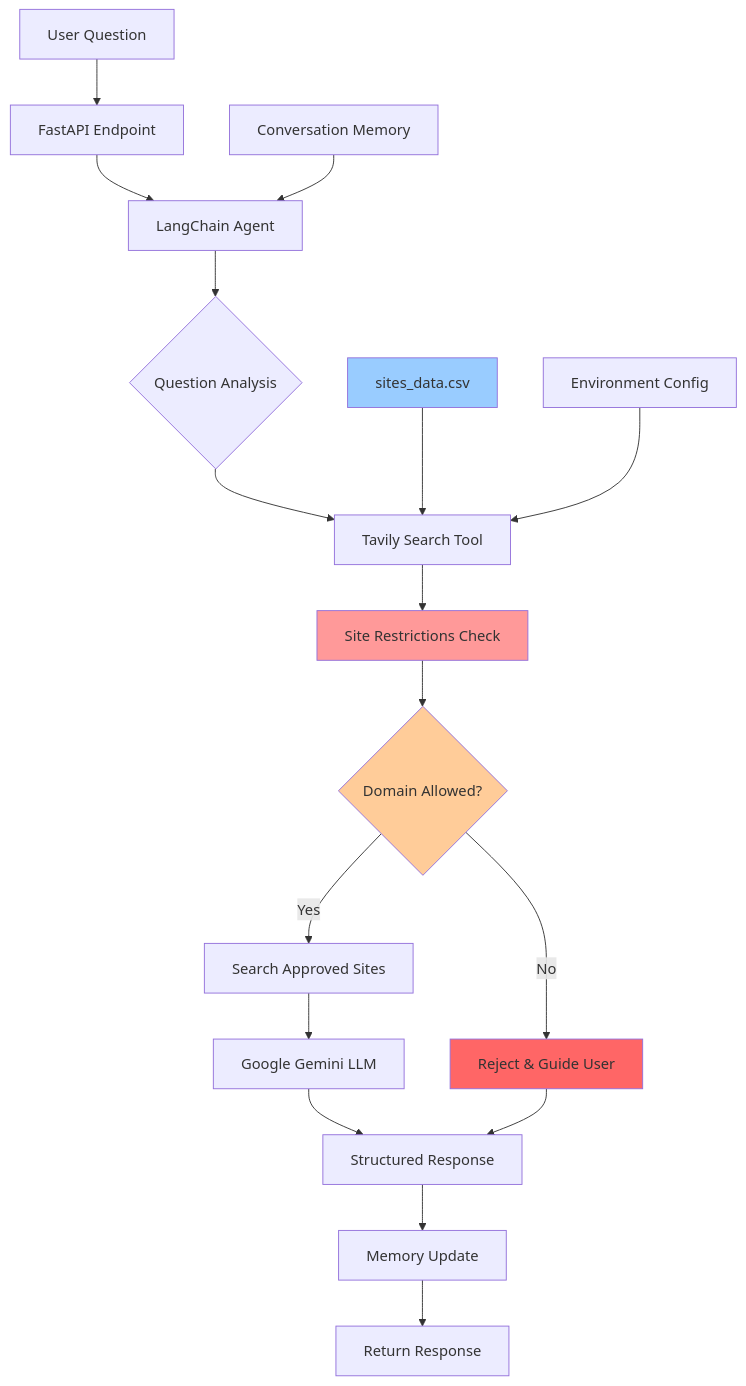
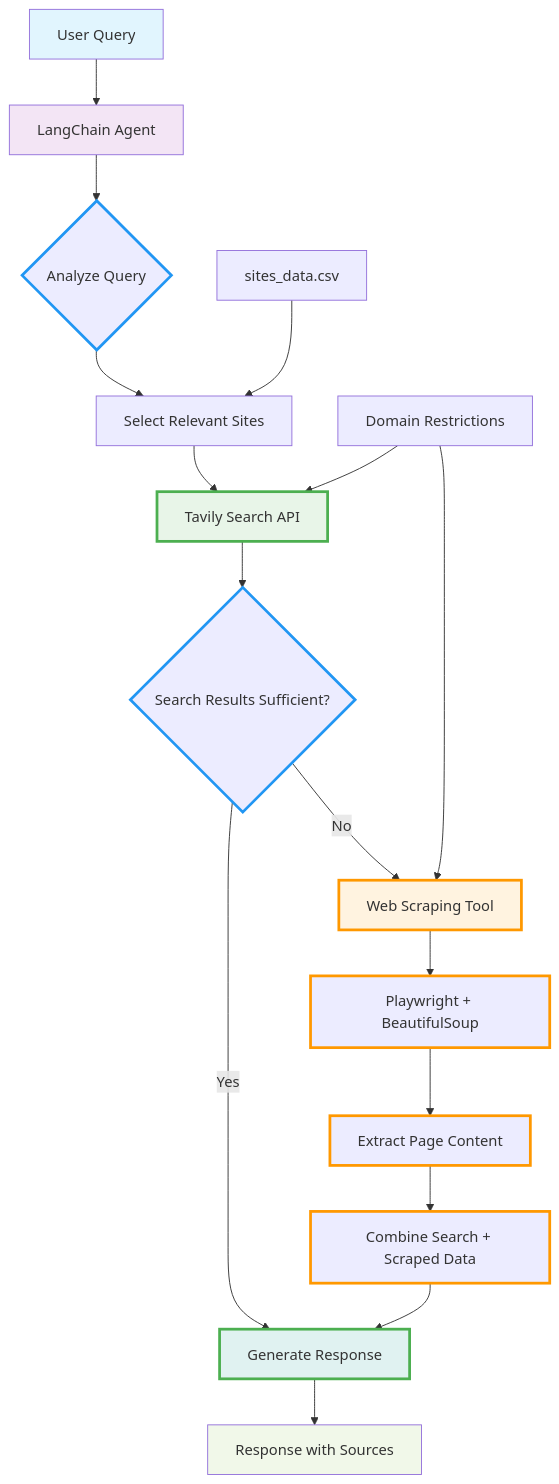
One commit to Phishinf/qagent changed the third of 3 diagrams in README.md. Above: the diagram before and after it, drawn with Mermaid. The commit also changed other lines of this file and 3 other files, not shown here.

Commit message:
Enhanced README with comprehensive Mermaid architecture diagram showing intelligent two-tier information retrieval flow

````diff
--- a/README.md
+++ b/README.md
@@ -166,25 +168,36 @@
 ```mermaid
 graph TD
-    A[User Question] --> B[FastAPI Endpoint]
-    B --> C[LangChain Agent]
-    C --> D{Question Analysis}
-    D --> E[Tavily Search Tool]
-    E --> F[Site Restrictions Check]
-    F --> G{Domain Allowed?}
-    G -->|Yes| H[Search Approved Sites]
-    G -->|No| I[Reject & Guide User]
-    H --> J[Google Gemini LLM]
-    J --> K[Structured Response]
-    I --> K
-    K --> L[Memory Update]
-    L --> M[Return Response]
+    A[User Query] --> B[LangChain Agent]
+    B --> C{Analyze Query}
+    C --> D[Select Relevant Sites]
+    D --> E[Tavily Search API]
+    E --> F{Search Results Sufficient?}
     
-    N[sites_data.csv] --> E
-    O[Environment Config] --> E
-    P[Conversation Memory] --> C
+    F -->|Yes| G[Generate Response]
+    F -->|No| H[Web Scraping Tool]
+    H --> I[Playwright + BeautifulSoup]
+    I --> J[Extract Page Content]
+    J --> K[Combine Search + Scraped Data]
+    K --> G
     
-    style F fill:#ff9999
-    style G fill:#ffcc99
-    style I fill:#ff6666
-    style N fill:#99ccff
+    G --> L[Response with Sources]
+    
+    M[sites_data.csv] --> D
+    N[Domain Restrictions] --> E
+    N --> H
+    
+    style A fill:#e1f5fe
+    style B fill:#f3e5f5
+    style E fill:#e8f5e8
+    style H fill:#fff3e0
+    style G fill:#e0f2f1
+    style L fill:#f1f8e9
+    
+    classDef searchPath stroke:#4caf50,stroke-width:3px
+    classDef scrapePath stroke:#ff9800,stroke-width:3px
+    classDef decision stroke:#2196f3,stroke-width:3px
+    
+    class E,F,G searchPath
+    class H,I,J,K scrapePath
+    class C,F decision
 ```
````
